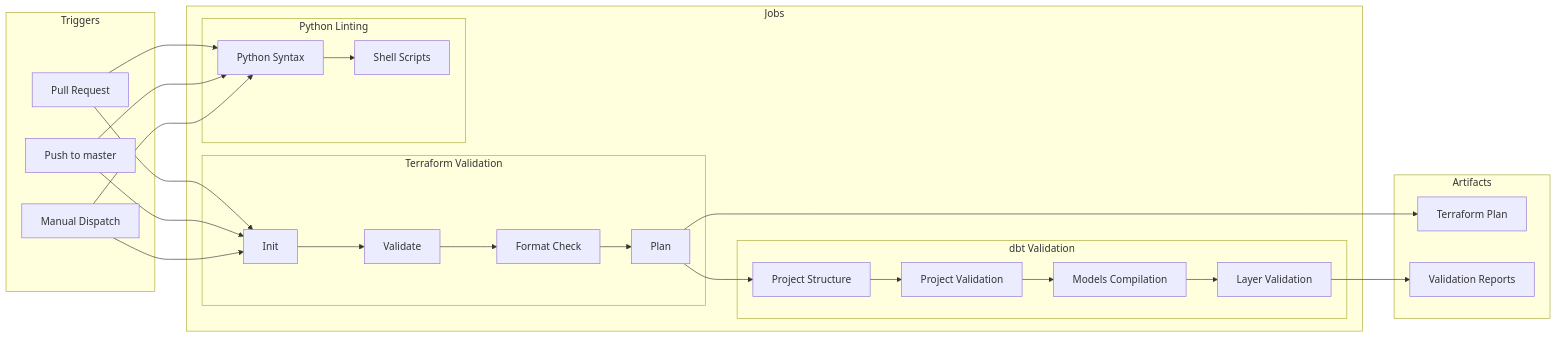
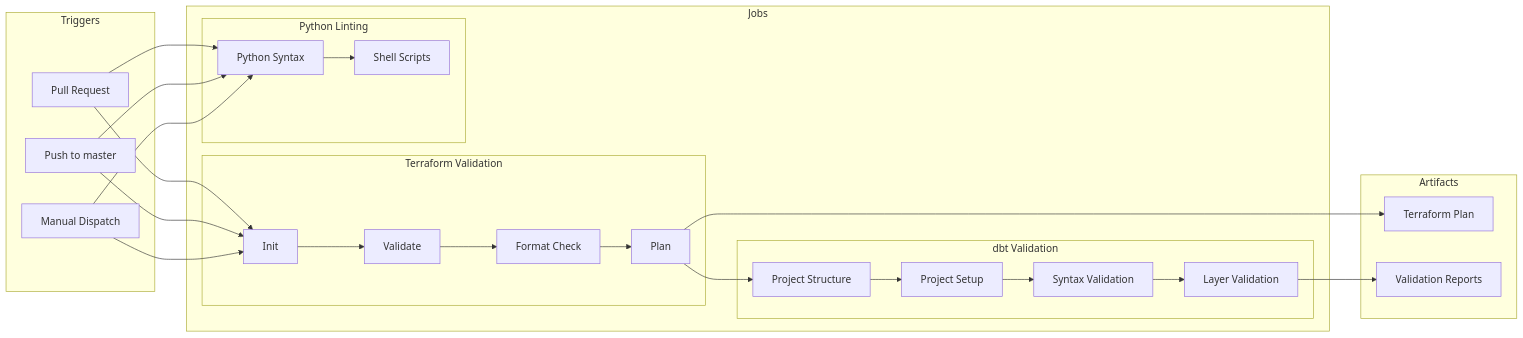
One commit to principalwater/clickhouse-energyhub changed the diagram in README.md. Above: the diagram before and after it, drawn with Mermaid. The commit also changed other lines of this file and 11 other files, not shown here.

````diff
--- a/README.md
+++ b/README.md
@@ -372,51 +377,51 @@
 ```mermaid
 graph LR
     subgraph "Triggers"
         PR[Pull Request]
         Push[Push to master]
         Manual[Manual Dispatch]
     end
     
     subgraph "Jobs"
         subgraph "Terraform Validation"
             T1[Init]
             T2[Validate]
             T3[Format Check]
             T4[Plan]
         end
         
         subgraph "Python Linting"
             P1[Python Syntax]
             P2[Shell Scripts]
         end
         
         subgraph "dbt Validation"
             D1[Project Structure]
-            D2[Project Validation]
-            D3[Models Compilation]
+            D2[Project Setup]
+            D3[Syntax Validation]
             D4[Layer Validation]
         end
     end
     
     subgraph "Artifacts"
         A1[Terraform Plan]
         A2[Validation Reports]
     end
     
     PR --> T1
     Push --> T1
     Manual --> T1
     
     T1 --> T2 --> T3 --> T4
     T4 --> A1
     
     PR --> P1
     Push --> P1
     Manual --> P1
     
     P1 --> P2
     
     T4 --> D1
     D1 --> D2 --> D3 --> D4
     D4 --> A2
 ```
````
